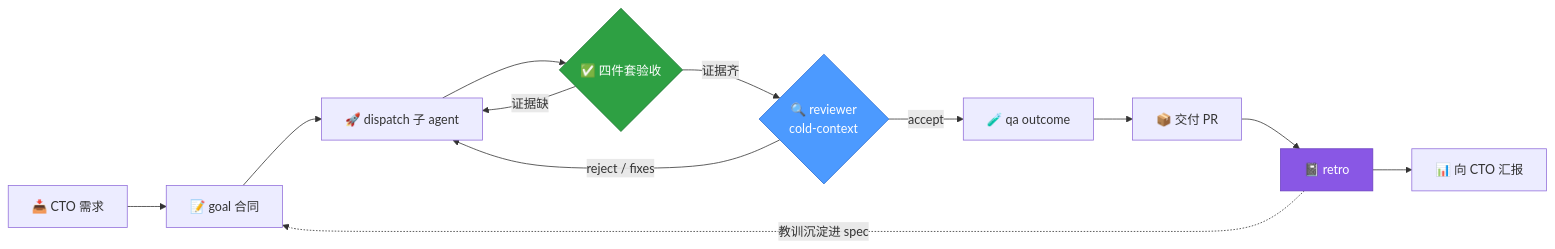
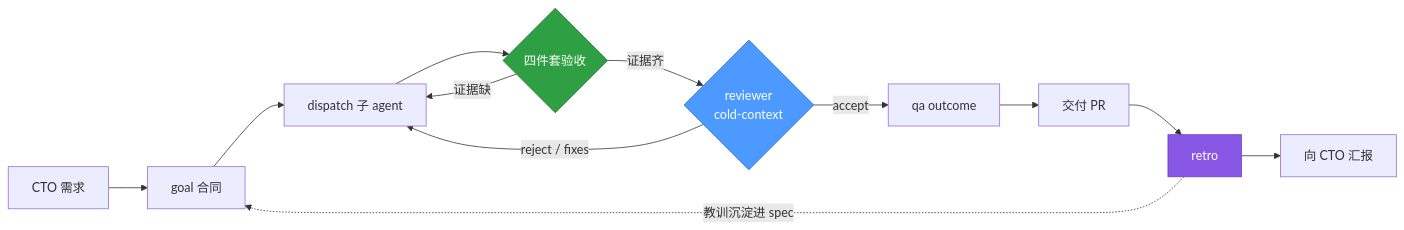
The second of 2 diagrams in README.md (Colin131/kucai-agentic-orchestration), drawn with Mermaid before and after one commit. The commit also changed other lines of this file, not shown here.

````diff
--- a/README.md
+++ b/README.md
@@ -69,18 +69,18 @@
 ```mermaid
 flowchart LR
-    A["📥 CTO 需求"] --> B["📝 goal 合同"]
-    B --> C["🚀 dispatch 子 agent"]
-    C --> D{"✅ 四件套验收"}
+    A["CTO 需求"] --> B["goal 合同"]
+    B --> C["dispatch 子 agent"]
+    C --> D{"四件套验收"}
     D -->|证据缺| C
-    D -->|证据齐| E{"🔍 reviewer<br/>cold-context"}
+    D -->|证据齐| E{"reviewer<br/>cold-context"}
     E -->|reject / fixes| C
-    E -->|accept| F["🧪 qa outcome"]
-    F --> G["📦 交付 PR"]
-    G --> H["📓 retro"]
-    H --> I["📊 向 CTO 汇报"]
+    E -->|accept| F["qa outcome"]
+    F --> G["交付 PR"]
+    G --> H["retro"]
+    H --> I["向 CTO 汇报"]
     H -.教训沉淀进 spec.-> B
 
     style D fill:#2EA043,color:#fff,stroke:#1c7430
     style E fill:#4C9AFF,color:#fff,stroke:#2f6fd1
     style H fill:#8957e5,color:#fff,stroke:#6b3fc0
 ```
````
